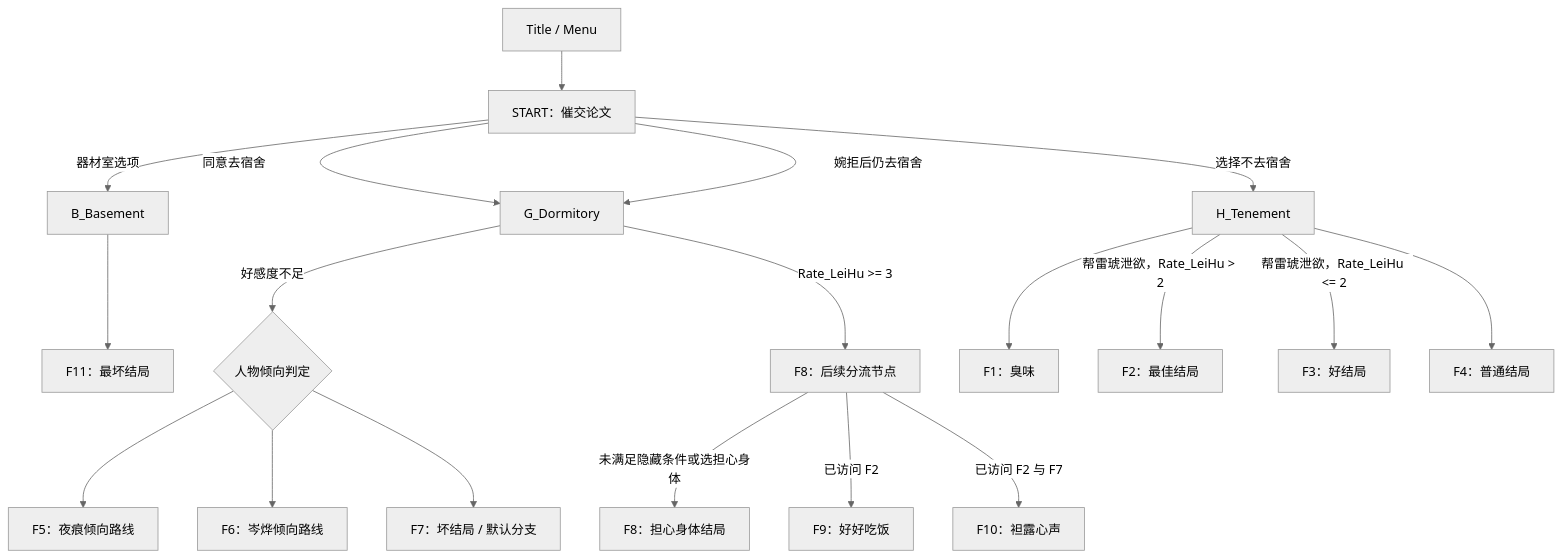
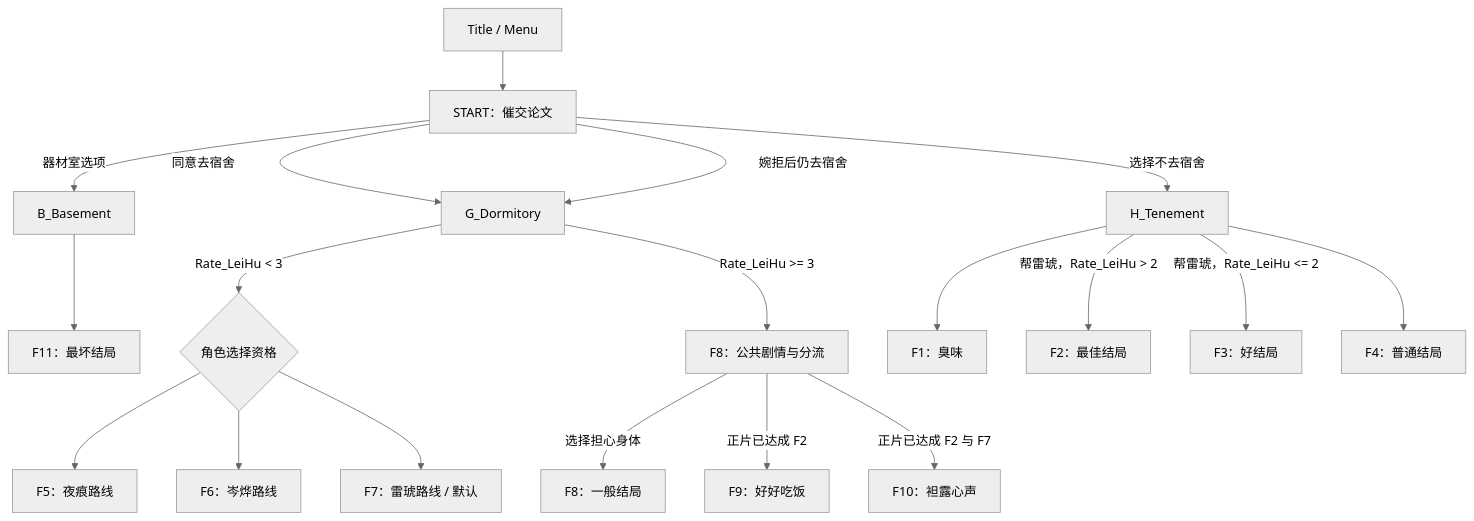
The diagram in Ink Projects/圣诞大攻略：雷琥/__Docs/STORY_FLOW_AND_ENDINGS.md (Project-Kurokawa-Logistics/kurokawa-logistics), drawn with Mermaid (neutral theme) before and after one commit. The commit also changed other lines of this file, not shown here.

Commit message:
docs(ink): align story flow with clarified design

````diff
--- a/Ink Projects/圣诞大攻略：雷琥/__Docs/STORY_FLOW_AND_ENDINGS.md
+++ b/Ink Projects/圣诞大攻略：雷琥/__Docs/STORY_FLOW_AND_ENDINGS.md
@@ -22,21 +22,21 @@
 ```mermaid
 flowchart TD
     T[Title / Menu] --> S[START：催交论文]
     S -->|同意去宿舍| G[G_Dormitory]
     S -->|婉拒后仍去宿舍| G
     S -->|选择不去宿舍| H[H_Tenement]
     S -->|器材室选项| B[B_Basement]
     B --> F11[F11：最坏结局]
-    G -->|好感度不足| R{人物倾向判定}
-    R --> F5[F5：夜痕倾向路线]
-    R --> F6[F6：岑烨倾向路线]
-    R --> F7[F7：坏结局 / 默认分支]
-    G -->|Rate_LeiHu >= 3| F8[F8：后续分流节点]
+    G -->|Rate_LeiHu < 3| R{角色选择资格}
+    R --> F5[F5：夜痕路线]
+    R --> F6[F6：岑烨路线]
+    R --> F7[F7：雷琥路线 / 默认]
+    G -->|Rate_LeiHu >= 3| F8[F8：公共剧情与分流]
     H --> F1[F1：臭味]
-    H -->|帮雷琥泄欲，Rate_LeiHu > 2| F2[F2：最佳结局]
-    H -->|帮雷琥泄欲，Rate_LeiHu <= 2| F3[F3：好结局]
+    H -->|帮雷琥，Rate_LeiHu > 2| F2[F2：最佳结局]
+    H -->|帮雷琥，Rate_LeiHu <= 2| F3[F3：好结局]
     H --> F4[F4：普通结局]
-    F8 -->|未满足隐藏条件或选担心身体| F8E[F8：担心身体结局]
-    F8 -->|已访问 F2| F9[F9：好好吃饭]
-    F8 -->|已访问 F2 与 F7| F10[F10：袒露心声]
+    F8 -->|选择担心身体| F8E[F8：一般结局]
+    F8 -->|正片已达成 F2| F9[F9：好好吃饭]
+    F8 -->|正片已达成 F2 与 F7| F10[F10：袒露心声]
 ```
````
